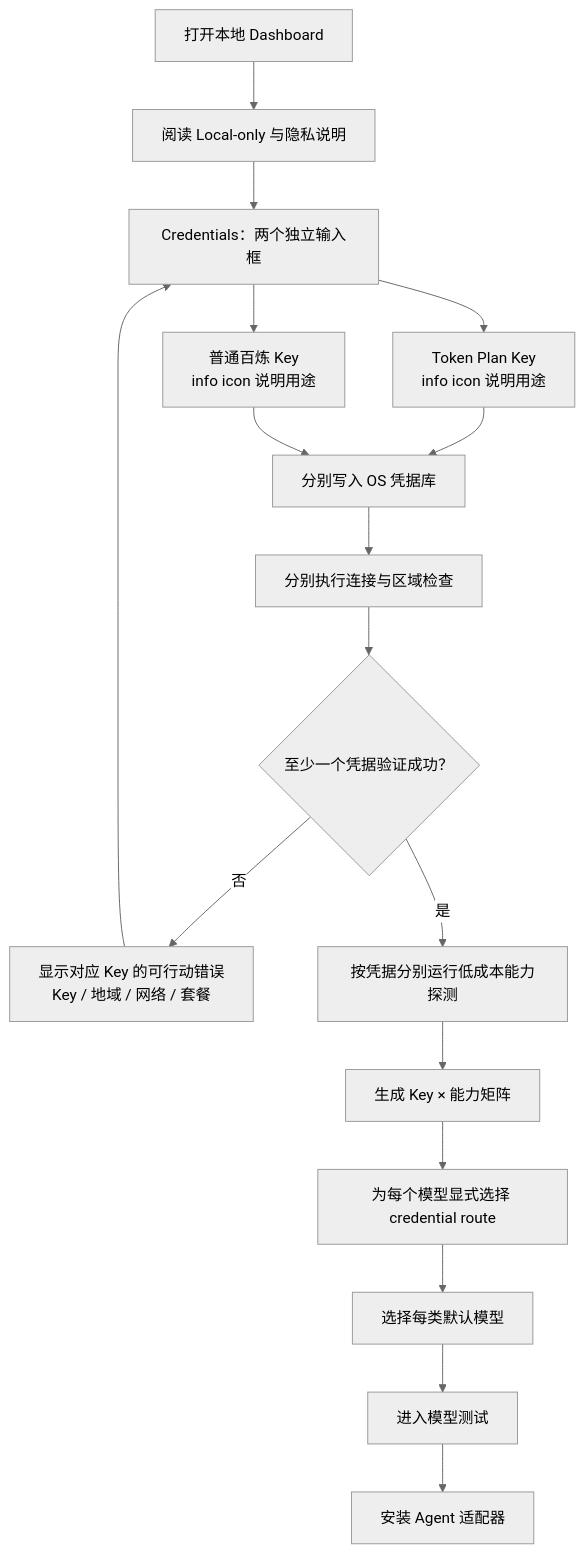
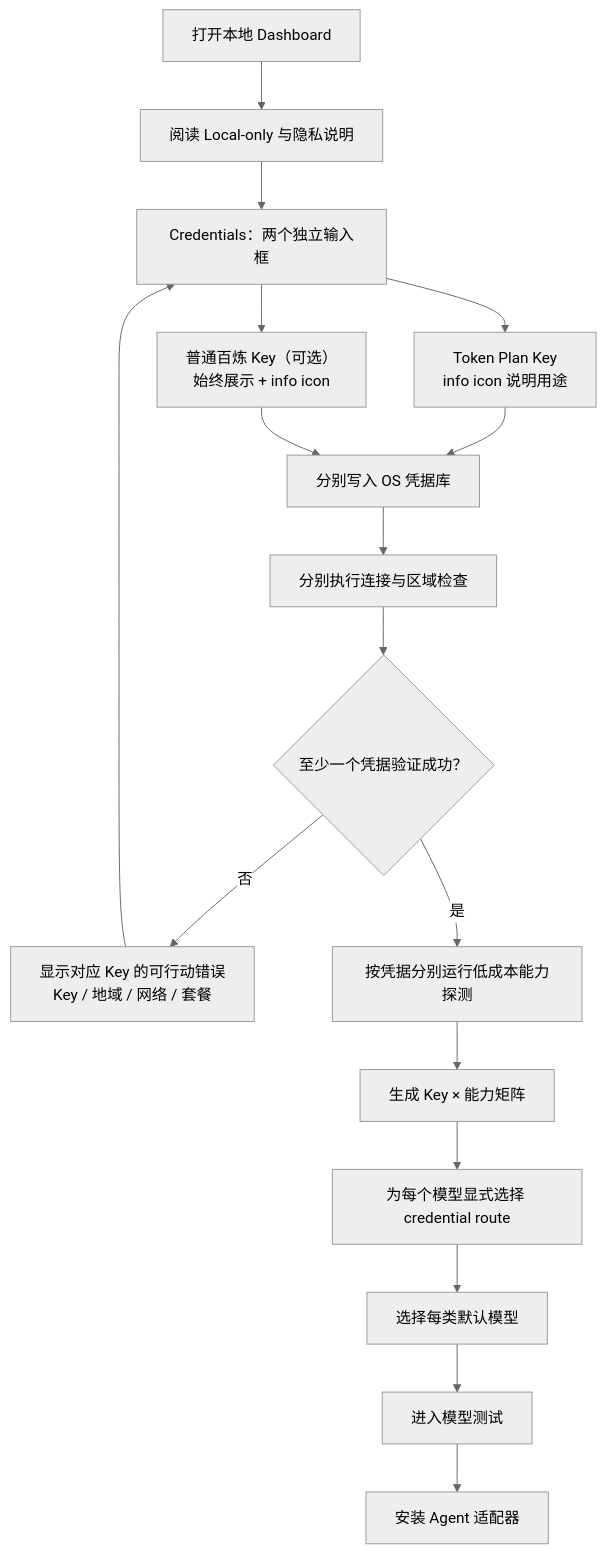
The first of 5 diagrams in docs/user-flows.zh-CN.md (coconilu/token-plan-media-hub), drawn with Mermaid (neutral theme) before and after one commit. The commit also changed 5 other files, not shown here.

````diff
--- a/docs/user-flows.zh-CN.md
+++ b/docs/user-flows.zh-CN.md
@@ -5,19 +5,19 @@
 ```mermaid
 flowchart TD
     A["打开本地 Dashboard"] --> B["阅读 Local-only 与隐私说明"]
     B --> C["Credentials：两个独立输入框"]
     C --> D["Token Plan Key<br/>info icon 说明用途"]
-    C --> E["普通百炼 Key<br/>info icon 说明用途"]
+    C --> E["普通百炼 Key（可选）<br/>始终展示 + info icon"]
     D --> F["分别写入 OS 凭据库"]
     E --> F
     F --> G["分别执行连接与区域检查"]
     G --> H{"至少一个凭据验证成功？"}
     H -- 否 --> I["显示对应 Key 的可行动错误<br/>Key / 地域 / 网络 / 套餐"]
     I --> C
     H -- 是 --> J["按凭据分别运行低成本能力探测"]
     J --> K["生成 Key × 能力矩阵"]
     K --> L["为每个模型显式选择 credential route"]
     L --> M["选择每类默认模型"]
     M --> N["进入模型测试"]
     N --> O["安装 Agent 适配器"]
 ```
````
